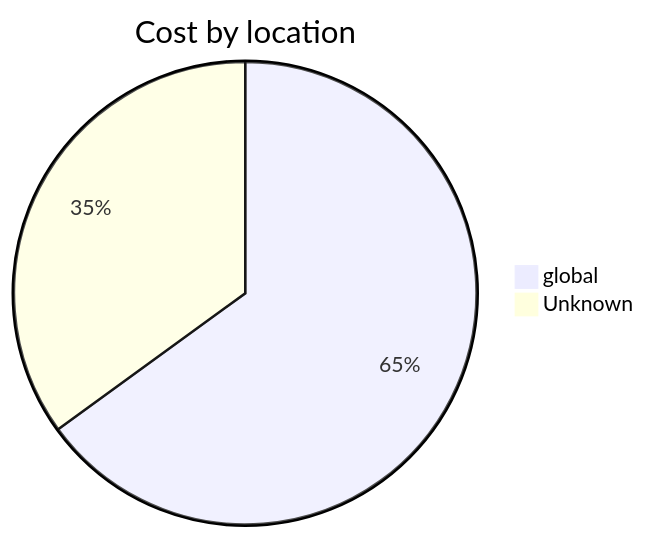
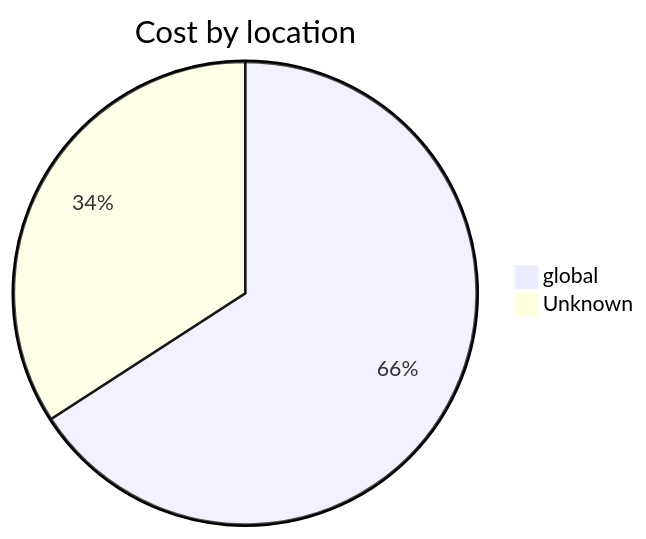
The third of 4 diagrams in cost-reports/personal-network/private.jpatrickfulton.com.md (jpfulton/azure-personal-reports), drawn with Mermaid before and after one commit. The commit also changed other lines of this file and 7 other files, not shown here.

````diff
--- a/cost-reports/personal-network/private.jpatrickfulton.com.md
+++ b/cost-reports/personal-network/private.jpatrickfulton.com.md
@@ -108,6 +108,6 @@
 ```mermaid
 pie
    title Cost by location
-   "global" : 0.26
+   "global" : 0.27
    "Unknown" : 0.14
 ```
````
